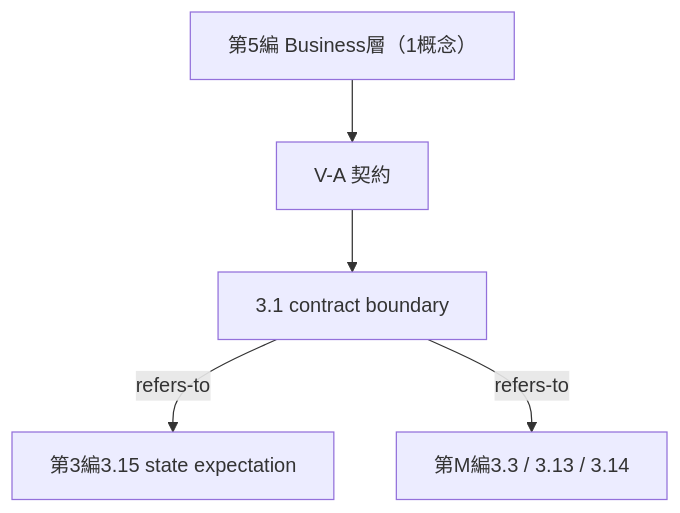
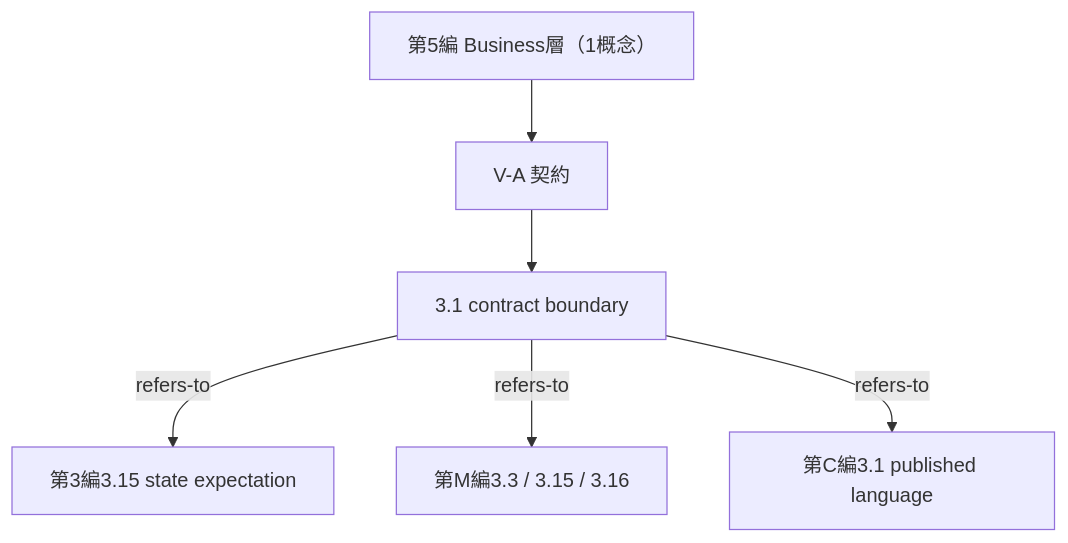
One commit to yuubae215/my-dictionary changed the second of 2 diagrams in pilot/part5-business.md. Above: the diagram before and after it, drawn with Mermaid. The commit also changed other lines of this file and 1 other file, not shown here.

````diff
--- a/pilot/part5-business.md
+++ b/pilot/part5-business.md
@@ -95,8 +125,9 @@
 ```mermaid
 flowchart TB
     P5["第5編 Business層（1概念）"]
     P5 --> A["V-A 契約"]
     A --> A1["3.1 contract boundary"]
     A1 -->|refers-to| S["第3編3.15 state expectation"]
-    A1 -->|refers-to| M["第M編3.3 / 3.13 / 3.14"]
+    A1 -->|refers-to| M["第M編3.3 / 3.15 / 3.16"]
+    A1 -->|refers-to| C["第C編3.1 published language"]
 ```
````
